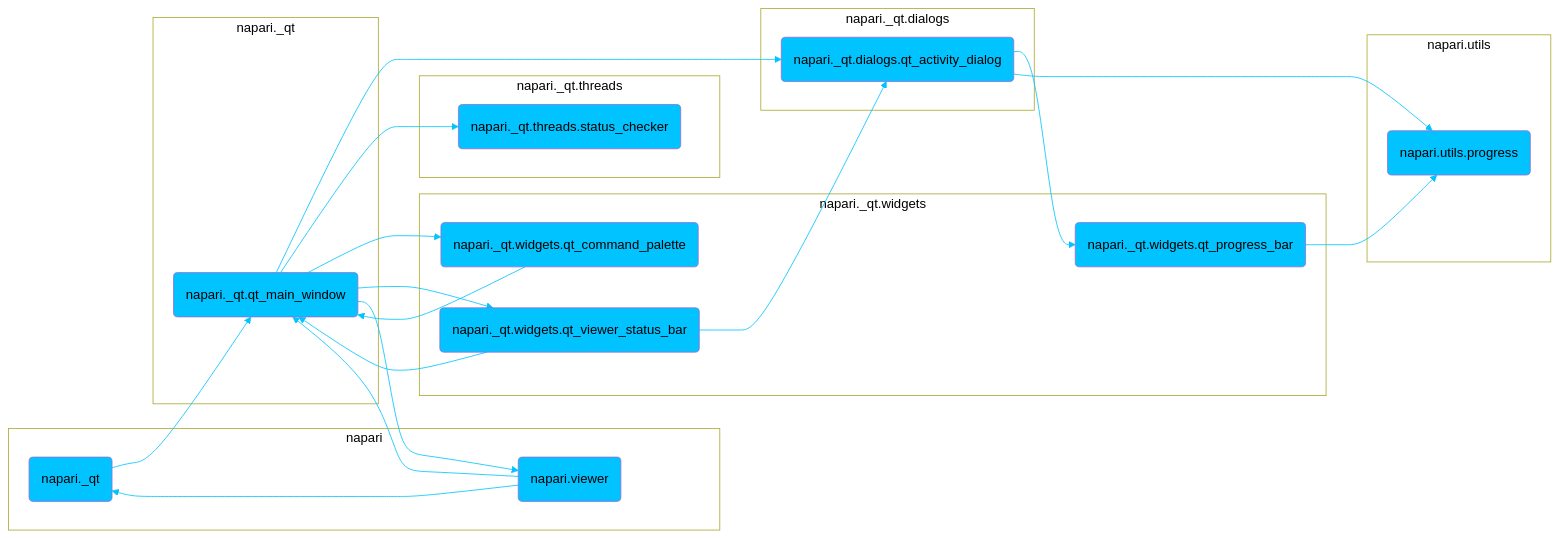
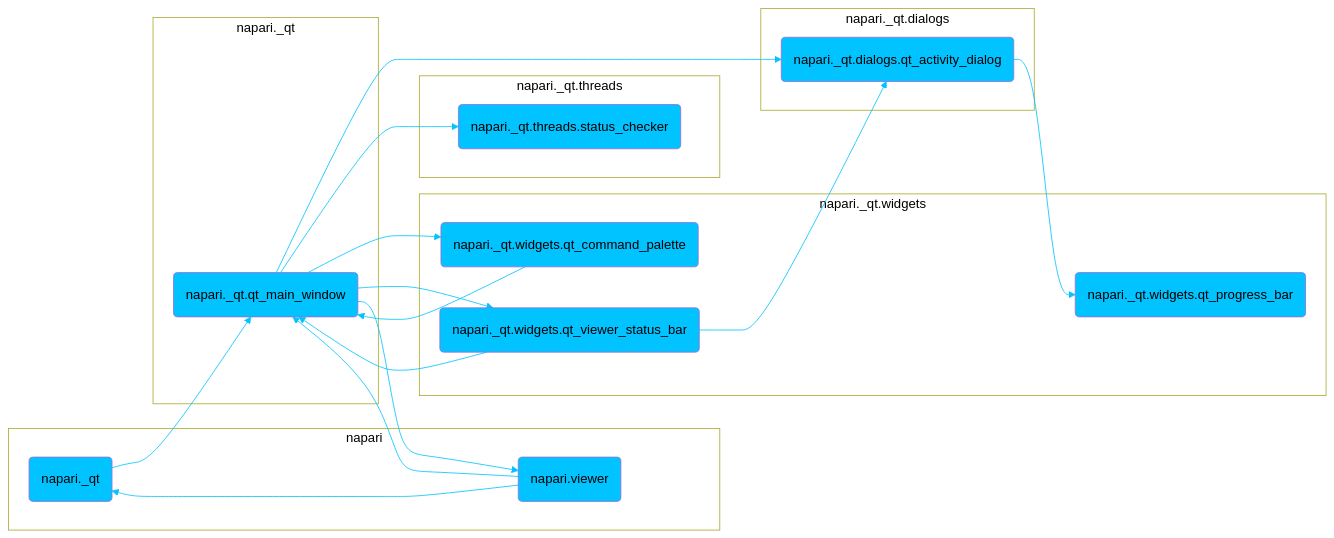
Before and after one commit to napari/napari.github.io: the diagram in dev/_sources/developers/architecture/ui_sections/application_status_bar_ui.md, drawn with Mermaid. The commit also changed other lines of this file and 723 other files, not shown here.

````diff
--- a/dev/_sources/developers/architecture/ui_sections/application_status_bar_ui.md
+++ b/dev/_sources/developers/architecture/ui_sections/application_status_bar_ui.md
@@ -3,67 +3,59 @@
 ```{mermaid}
 graph LR
 	accTitle: Dependencies between modules in the napari Application status bar UI section
 	accDescr: Diagram showing the dependencies between the modules involved in the definition of the napari Application status bar UI section
 	napari._qt(napari._qt)
 	napari._qt --> napari._qt.qt_main_window
 	click napari._qt "https://github.com/napari/napari/tree/main/napari/_qt/__init__.py" _blank
 	napari._qt.dialogs.qt_activity_dialog(napari._qt.dialogs.qt_activity_dialog)
 	napari._qt.dialogs.qt_activity_dialog --> napari._qt.widgets.qt_progress_bar
-	napari._qt.dialogs.qt_activity_dialog --> napari.utils.progress
 	click napari._qt.dialogs.qt_activity_dialog "https://github.com/napari/napari/tree/main/napari/_qt/dialogs/qt_activity_dialog.py" _blank
 	napari._qt.qt_main_window(napari._qt.qt_main_window)
 	napari._qt.qt_main_window --> napari._qt.dialogs.qt_activity_dialog
 	napari._qt.qt_main_window --> napari._qt.threads.status_checker
 	napari._qt.qt_main_window --> napari._qt.widgets.qt_command_palette
 	napari._qt.qt_main_window --> napari._qt.widgets.qt_viewer_status_bar
 	napari._qt.qt_main_window --> napari.viewer
 	click napari._qt.qt_main_window "https://github.com/napari/napari/tree/main/napari/_qt/qt_main_window.py" _blank
 	napari._qt.threads.status_checker(napari._qt.threads.status_checker)
 	click napari._qt.threads.status_checker "https://github.com/napari/napari/tree/main/napari/_qt/threads/status_checker.py" _blank
 	napari._qt.widgets.qt_command_palette(napari._qt.widgets.qt_command_palette)
 	napari._qt.widgets.qt_command_palette --> napari._qt.qt_main_window
 	click napari._qt.widgets.qt_command_palette "https://github.com/napari/napari/tree/main/napari/_qt/widgets/qt_command_palette.py" _blank
 	napari._qt.widgets.qt_progress_bar(napari._qt.widgets.qt_progress_bar)
-	napari._qt.widgets.qt_progress_bar --> napari.utils.progress
 	click napari._qt.widgets.qt_progress_bar "https://github.com/napari/napari/tree/main/napari/_qt/widgets/qt_progress_bar.py" _blank
 	napari._qt.widgets.qt_viewer_status_bar(napari._qt.widgets.qt_viewer_status_bar)
 	napari._qt.widgets.qt_viewer_status_bar --> napari._qt.dialogs.qt_activity_dialog
 	napari._qt.widgets.qt_viewer_status_bar --> napari._qt.qt_main_window
 	click napari._qt.widgets.qt_viewer_status_bar "https://github.com/napari/napari/tree/main/napari/_qt/widgets/qt_viewer_status_bar.py" _blank
-	napari.utils.progress(napari.utils.progress)
-	click napari.utils.progress "https://github.com/napari/napari/tree/main/napari/utils/progress.py" _blank
 	napari.viewer(napari.viewer)
 	napari.viewer --> napari._qt
 	napari.viewer --> napari._qt.qt_main_window
 	click napari.viewer "https://github.com/napari/napari/tree/main/napari/viewer.py" _blank
 	subgraph module.napari[napari]
 		 napari._qt
 		 napari.viewer
 	end
 	class module.napari subgraphs
 	subgraph module.napari._qt.dialogs[napari._qt.dialogs]
 		 napari._qt.dialogs.qt_activity_dialog
 	end
 	class module.napari._qt.dialogs subgraphs
 	subgraph module.napari._qt[napari._qt]
 		 napari._qt.qt_main_window
 	end
 	class module.napari._qt subgraphs
 	subgraph module.napari._qt.threads[napari._qt.threads]
 		 napari._qt.threads.status_checker
 	end
 	class module.napari._qt.threads subgraphs
 	subgraph module.napari._qt.widgets[napari._qt.widgets]
 		 napari._qt.widgets.qt_command_palette
 		 napari._qt.widgets.qt_progress_bar
 		 napari._qt.widgets.qt_viewer_status_bar
 	end
 	class module.napari._qt.widgets subgraphs
-	subgraph module.napari.utils[napari.utils]
-		 napari.utils.progress
-	end
-	class module.napari.utils subgraphs
 	classDef subgraphs fill:white,strock:black,color:black;	classDef default fill:#00c3ff,color:black;
 	linkStyle default stroke:#00c3ff
 	classDef external fill:#ffa600,color:black;
 ```
````
